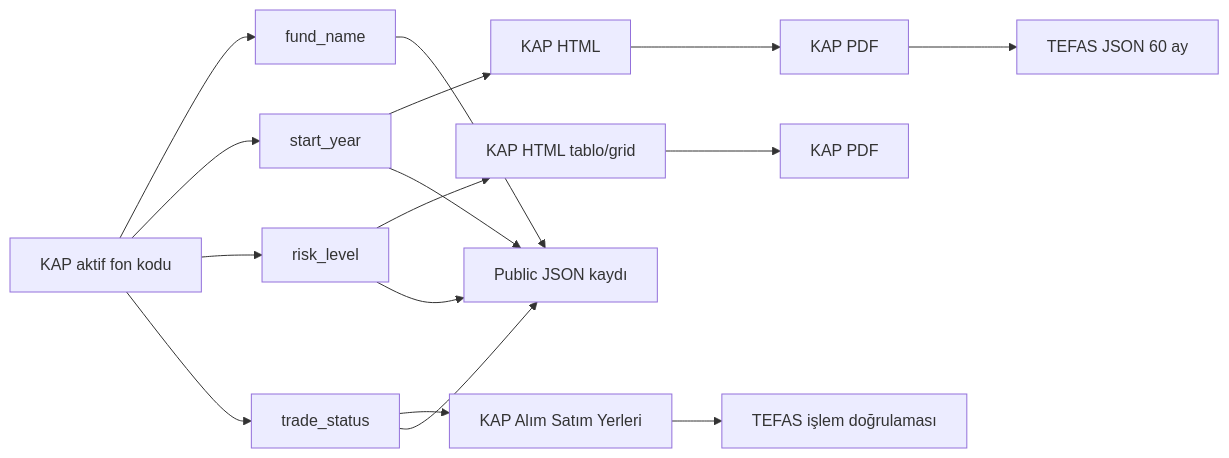
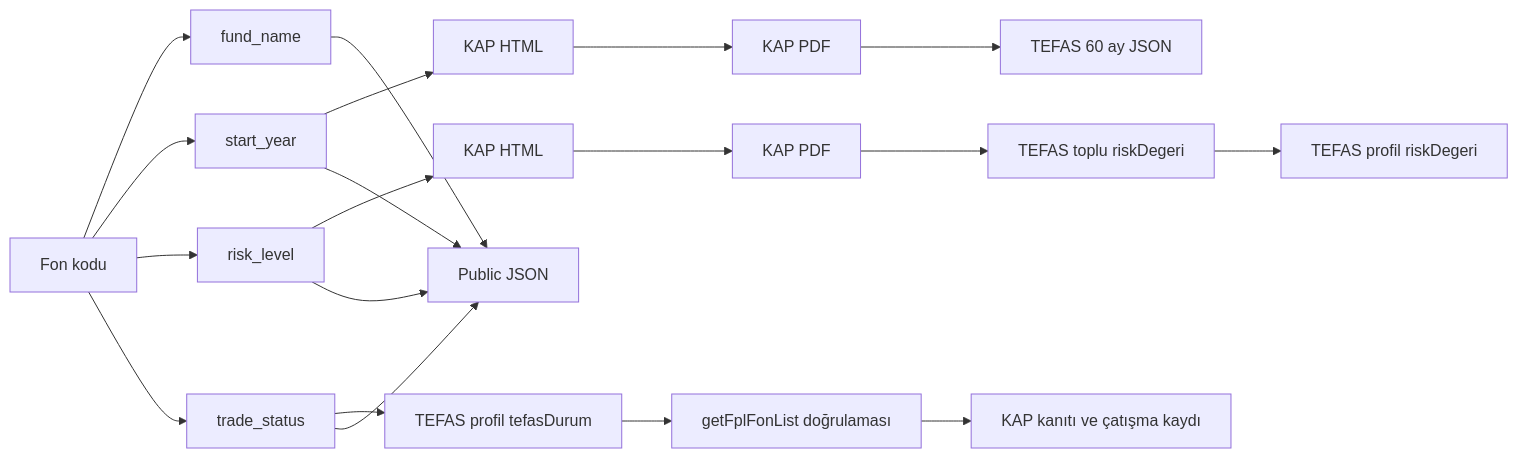
The second of 19 diagrams in README.md (egemenkarabulut/PiyasaNabzi-KAP-YAT), drawn with Mermaid before and after one commit. The commit also changed other lines of this file and 8 other files, not shown here.

````diff
--- a/README.md
+++ b/README.md
@@ -50,22 +91,25 @@
 ```mermaid
 flowchart LR
-    A["KAP aktif fon kodu"] --> B["fund_name"]
+    A["Fon kodu"] --> B["fund_name"]
     A --> C["start_year"]
     A --> D["risk_level"]
     A --> E["trade_status"]
 
     C --> C1["KAP HTML"]
     C1 --> C2["KAP PDF"]
-    C2 --> C3["TEFAS JSON 60 ay"]
+    C2 --> C3["TEFAS 60 ay JSON"]
 
-    D --> D1["KAP HTML tablo/grid"]
+    D --> D1["KAP HTML"]
     D1 --> D2["KAP PDF"]
+    D2 --> D3["TEFAS toplu riskDegeri"]
+    D3 --> D4["TEFAS profil riskDegeri"]
 
-    E --> E1["KAP Alım Satım Yerleri"]
-    E1 --> E2["TEFAS işlem doğrulaması"]
+    E --> E1["TEFAS profil tefasDurum"]
+    E1 --> E2["getFplFonList doğrulaması"]
+    E2 --> E3["KAP kanıtı ve çatışma kaydı"]
 
-    B --> F["Public JSON kaydı"]
+    B --> F["Public JSON"]
     C --> F
     D --> F
     E --> F
 ```
````
